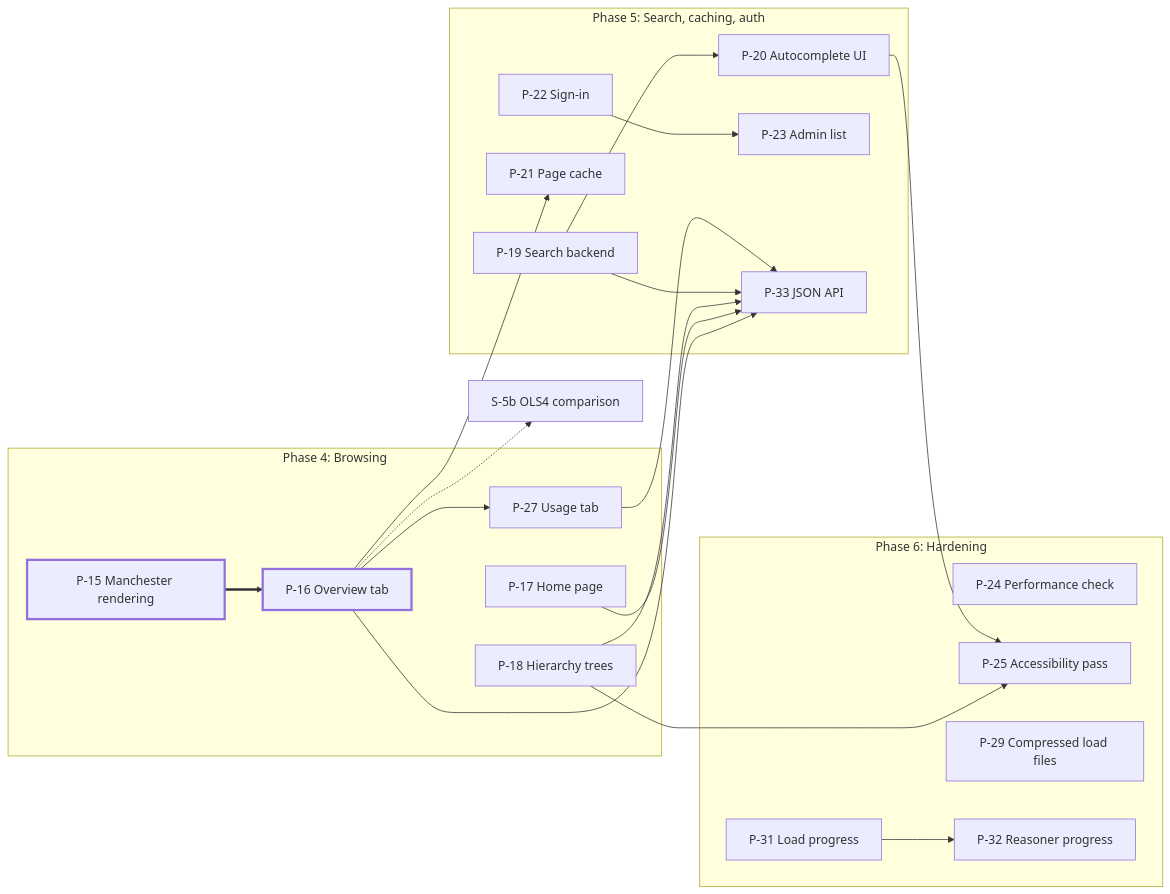
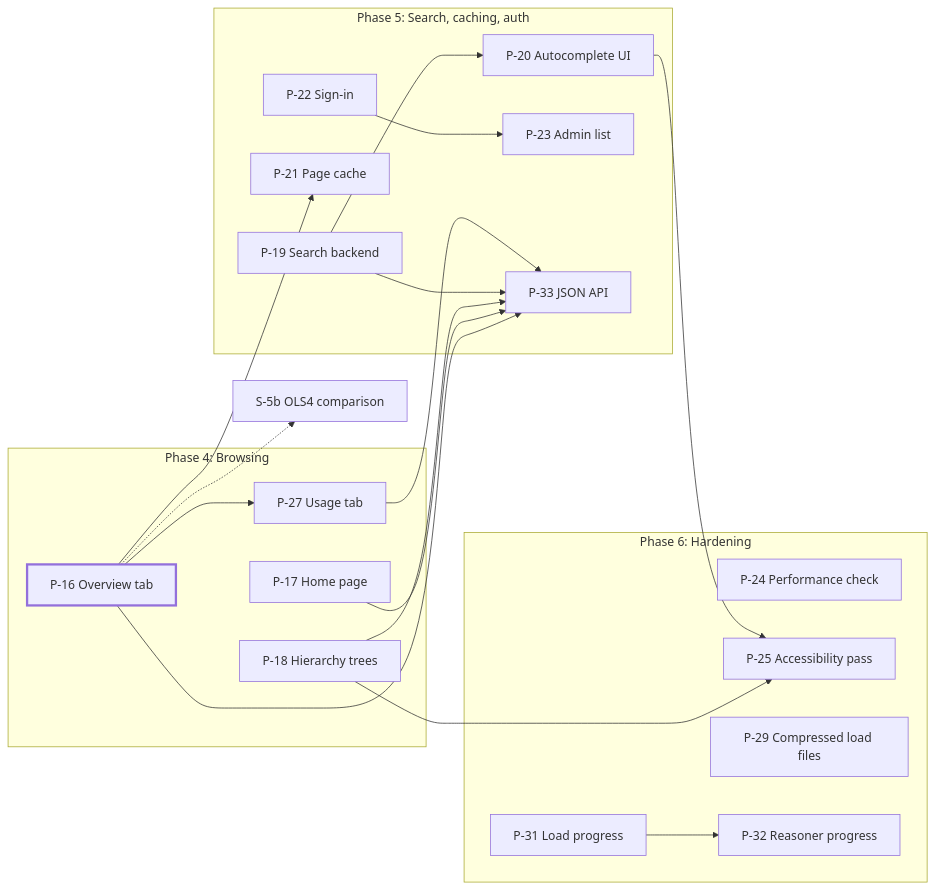
The diagram in docs/DESIGN.md (jclerman/browl), drawn with Mermaid before and after one commit. The commit also changed other lines of this file and 2 other files, not shown here.

First line of the commit message:
Document Manchester rendering and P-15's measurements

````diff
--- a/docs/DESIGN.md
+++ b/docs/DESIGN.md
@@ -1118,39 +1173,37 @@
 ```mermaid
 flowchart LR
     subgraph P4["Phase 4: Browsing"]
-        P15["P-15 Manchester rendering"]
         P16["P-16 Overview tab"]
         P17["P-17 Home page"]
         P18["P-18 Hierarchy trees"]
         P27["P-27 Usage tab"]
     end
     subgraph P5["Phase 5: Search, caching, auth"]
         P19["P-19 Search backend"]
         P20["P-20 Autocomplete UI"]
         P21["P-21 Page cache"]
         P22["P-22 Sign-in"]
         P23["P-23 Admin list"]
         P33["P-33 JSON API"]
     end
     subgraph P6["Phase 6: Hardening"]
         P24["P-24 Performance check"]
         P25["P-25 Accessibility pass"]
         P29["P-29 Compressed load files"]
         P31["P-31 Load progress"]
         P32["P-32 Reasoner progress"]
     end
     S5b["S-5b OLS4 comparison"]
 
-    P15 ==> P16
     P16 --> P27
     P16 --> P21
     P19 --> P20
     P16 & P17 & P18 & P19 & P27 --> P33
     P18 & P20 --> P25
     P22 --> P23
     P31 --> P32
     P16 -.-> S5b
 
     classDef critical stroke-width:3px
-    class P15,P16 critical
+    class P16 critical
 ```
````
